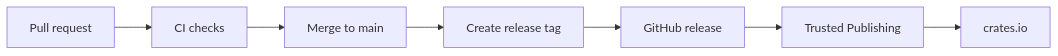
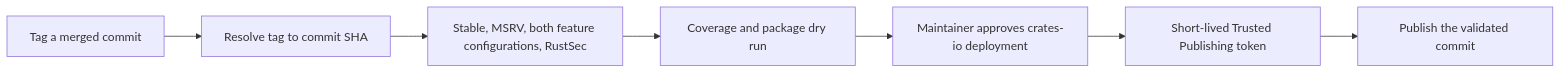
The diagram in docs/publishing.md (OneTesseractInMultiverse/restqs), drawn with Mermaid before and after one commit. The commit also changed other lines of this file and 12 other files, not shown here.

Commit message:
Verify immutable releases before publishing to crates.io (#32) (#43)

````diff
--- a/docs/publishing.md
+++ b/docs/publishing.md
@@ -13,9 +14,9 @@
 ```mermaid
 flowchart LR
-  pr["Pull request"] --> ci["CI checks"]
-  ci --> merge["Merge to main"]
-  merge --> tag["Create release tag"]
-  tag --> release["GitHub release"]
-  release --> publish["Trusted Publishing"]
-  publish --> crates["crates.io"]
+  tag["Tag a merged commit"] --> resolve["Resolve tag to commit SHA"]
+  resolve --> checks["Stable, MSRV, both feature configurations, RustSec"]
+  checks --> package["Coverage and package dry run"]
+  package --> approval["Maintainer approves crates-io deployment"]
+  approval --> auth["Short-lived Trusted Publishing token"]
+  auth --> publish["Publish the validated commit"]
 ```
````
